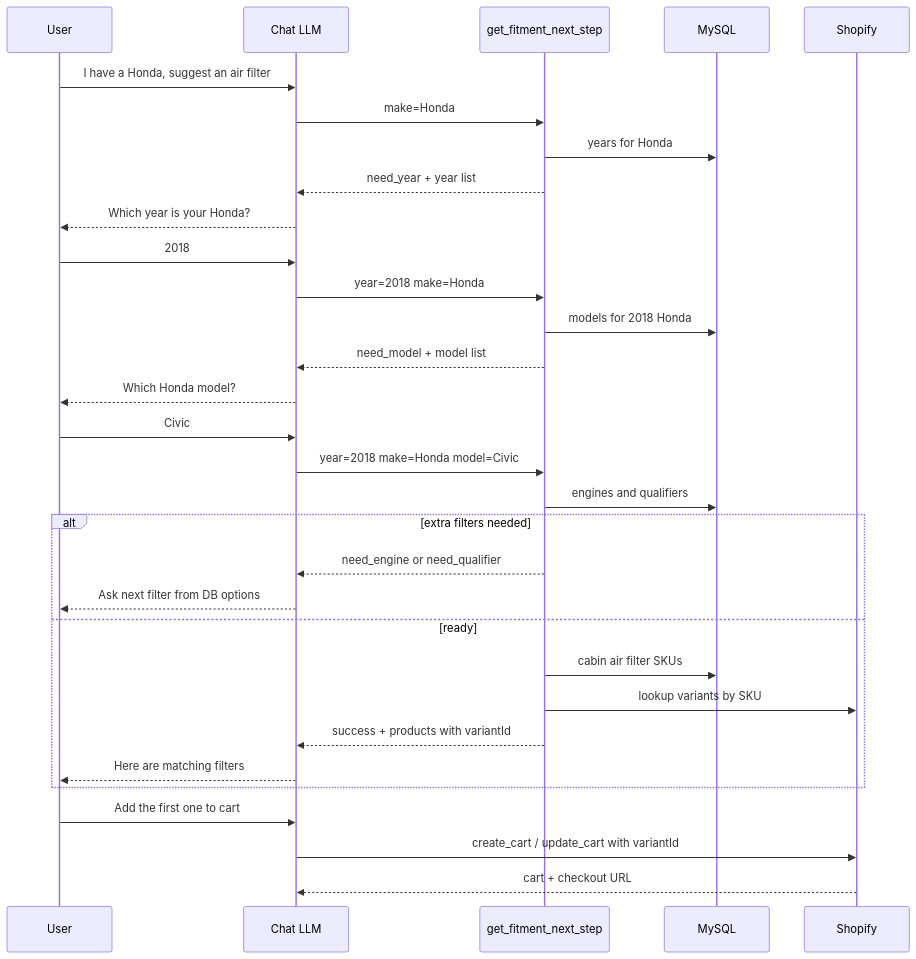
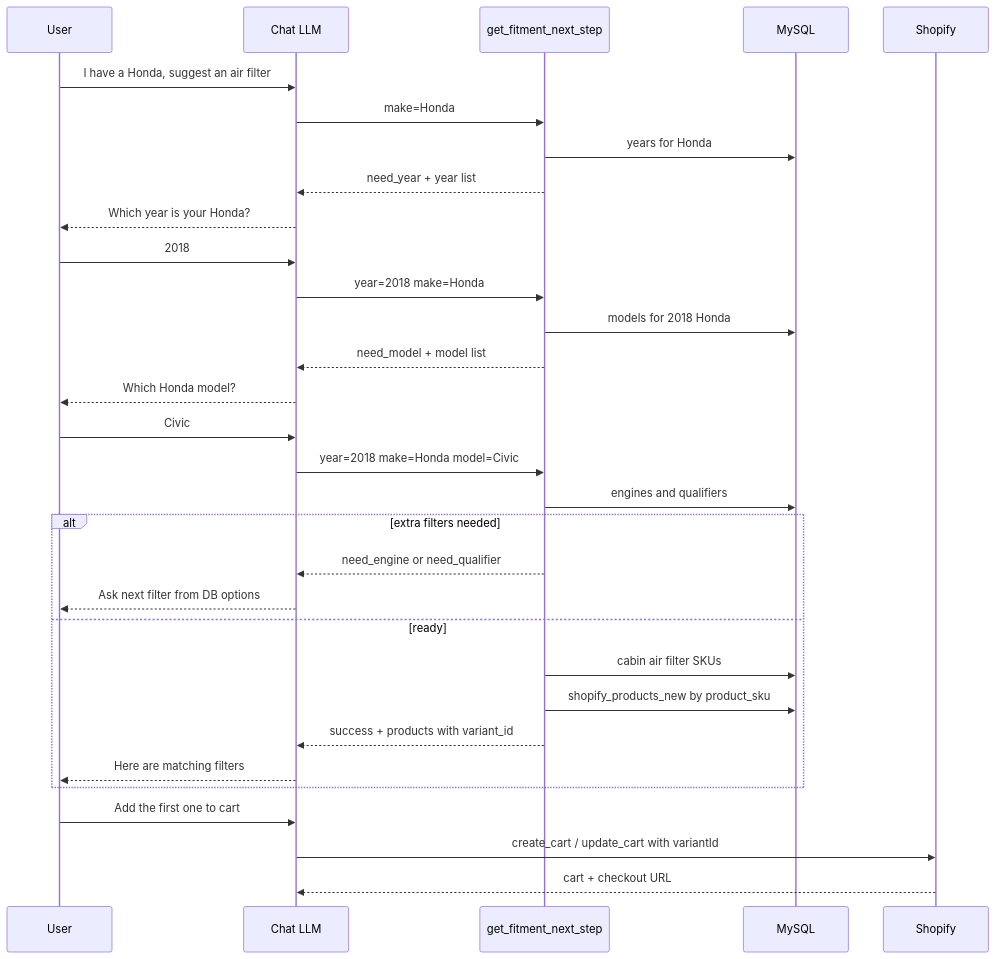
Before and after one commit to shivam-mobi/shopify-mcp: the third of 5 diagrams in docs/fitment-and-catalog-flow.md, drawn with Mermaid. The commit also changed other lines of this file and 4 other files, not shown here.

First line of the commit message:
feat: Enhance fitment functionality and update product fetching logic

````diff
--- a/docs/fitment-and-catalog-flow.md
+++ b/docs/fitment-and-catalog-flow.md
@@ -86,37 +86,37 @@
 ```mermaid
 sequenceDiagram
   participant User
   participant Chat as Chat LLM
   participant Fitment as get_fitment_next_step
   participant MySQL
   participant Shopify
 
   User->>Chat: I have a Honda, suggest an air filter
   Chat->>Fitment: make=Honda
   Fitment->>MySQL: years for Honda
   Fitment-->>Chat: need_year + year list
   Chat-->>User: Which year is your Honda?
 
   User->>Chat: 2018
   Chat->>Fitment: year=2018 make=Honda
   Fitment->>MySQL: models for 2018 Honda
   Fitment-->>Chat: need_model + model list
   Chat-->>User: Which Honda model?
 
   User->>Chat: Civic
   Chat->>Fitment: year=2018 make=Honda model=Civic
   Fitment->>MySQL: engines and qualifiers
   alt extra filters needed
     Fitment-->>Chat: need_engine or need_qualifier
     Chat-->>User: Ask next filter from DB options
   else ready
     Fitment->>MySQL: cabin air filter SKUs
-    Fitment->>Shopify: lookup variants by SKU
-    Fitment-->>Chat: success + products with variantId
+    Fitment->>MySQL: shopify_products_new by product_sku
+    Fitment-->>Chat: success + products with variant_id
     Chat-->>User: Here are matching filters
   end
 
   User->>Chat: Add the first one to cart
   Chat->>Shopify: create_cart / update_cart with variantId
   Shopify-->>Chat: cart + checkout URL
 ```
````
